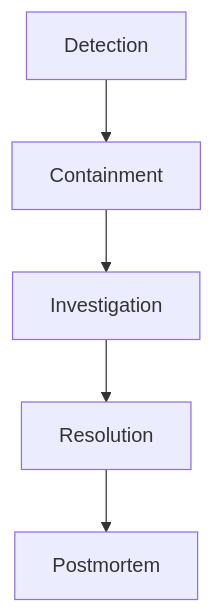
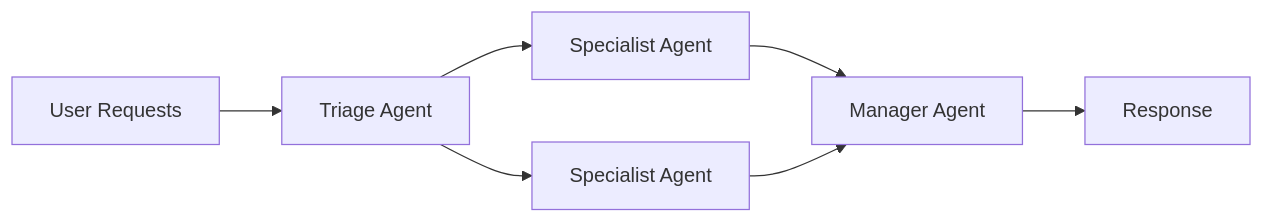
The second of 4 diagrams in docusaurus/docs/part-3/chapter-12.md (m-rizqinovniari/agentic-handbook), drawn with Mermaid before and after one commit. The commit also changed other lines of this file and 19 other files, not shown here.

````diff
--- a/docusaurus/docs/part-3/chapter-12.md
+++ b/docusaurus/docs/part-3/chapter-12.md
@@ -282,7 +106,9 @@
 ```mermaid
-flowchart TD
-    A[Detection] --> B[Containment]
-    B --> C[Investigation]
-    C --> D[Resolution]
-    D --> E[Postmortem]
+flowchart LR
+U[User Requests] --> A1[Triage Agent]
+A1 --> A2[Specialist Agent]
+A1 --> A3[Specialist Agent]
+A2 --> M[Manager Agent]
+A3 --> M
+M --> R[Response]
 ```
````
